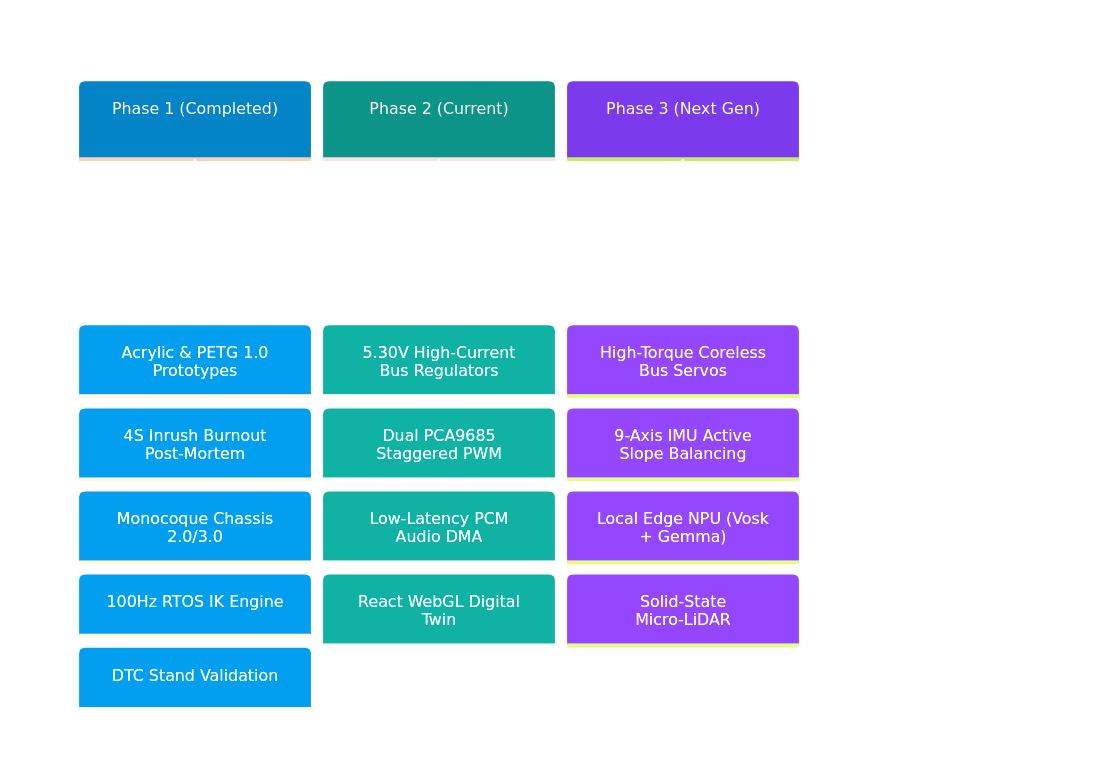
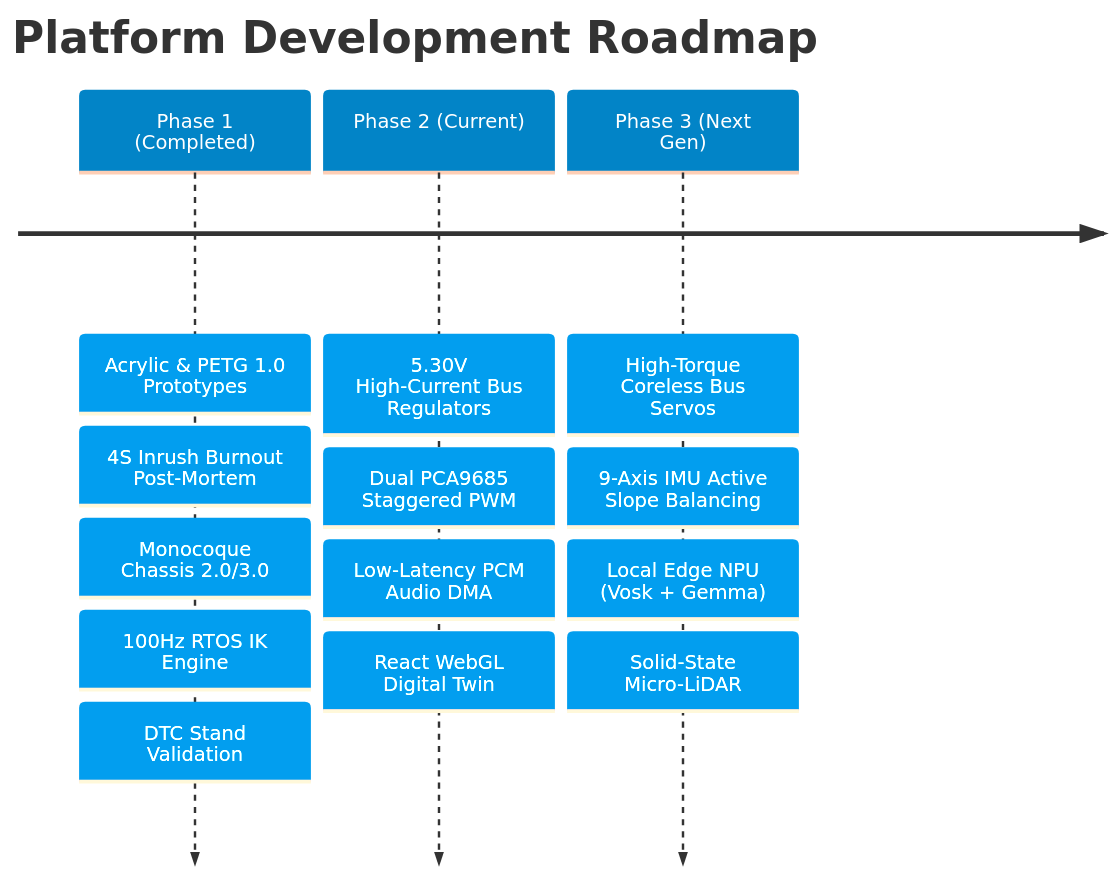
One commit to GrrGrrMan/spider-blog changed the fourth of 4 diagrams in src/content/docs/00-mission-and-intentions.md. Above: the diagram before and after it, drawn with Mermaid. The commit also changed other lines of this file and 1 other file, not shown here.

````diff
--- a/src/content/docs/00-mission-and-intentions.md
+++ b/src/content/docs/00-mission-and-intentions.md
@@ -169,24 +127,18 @@
 ```mermaid
 %%{init: {
   'theme': 'base',
   'themeVariables': {
-    'fontFamily': 'ui-monospace, SFMono-Regular, Menlo, Monaco, Consolas, monospace',
-    'fontSize': '13px',
-    'primaryColor': '#1e293b',
-    'primaryTextColor': '#ffffff',
-    'primaryBorderColor': '#38bdf8',
-    'lineColor': '#38bdf8',
     'cScale0': '#0284c7',
     'cScaleLabel0': '#ffffff',
-    'cScale1': '#0d9488',
+    'cScale1': '#0284c7',
     'cScaleLabel1': '#ffffff',
-    'cScale2': '#7c3aed',
+    'cScale2': '#0284c7',
     'cScaleLabel2': '#ffffff'
   }
 }}%%
 timeline
     title Platform Development Roadmap
     Phase 1 (Completed) : Acrylic & PETG 1.0 Prototypes : 4S Inrush Burnout Post-Mortem : Monocoque Chassis 2.0/3.0 : 100Hz RTOS IK Engine : DTC Stand Validation
     Phase 2 (Current)   : 5.30V High-Current Bus Regulators : Dual PCA9685 Staggered PWM : Low-Latency PCM Audio DMA : React WebGL Digital Twin
     Phase 3 (Next Gen)  : High-Torque Coreless Bus Servos : 9-Axis IMU Active Slope Balancing : Local Edge NPU (Vosk + Gemma) : Solid-State Micro-LiDAR
 ```
````
